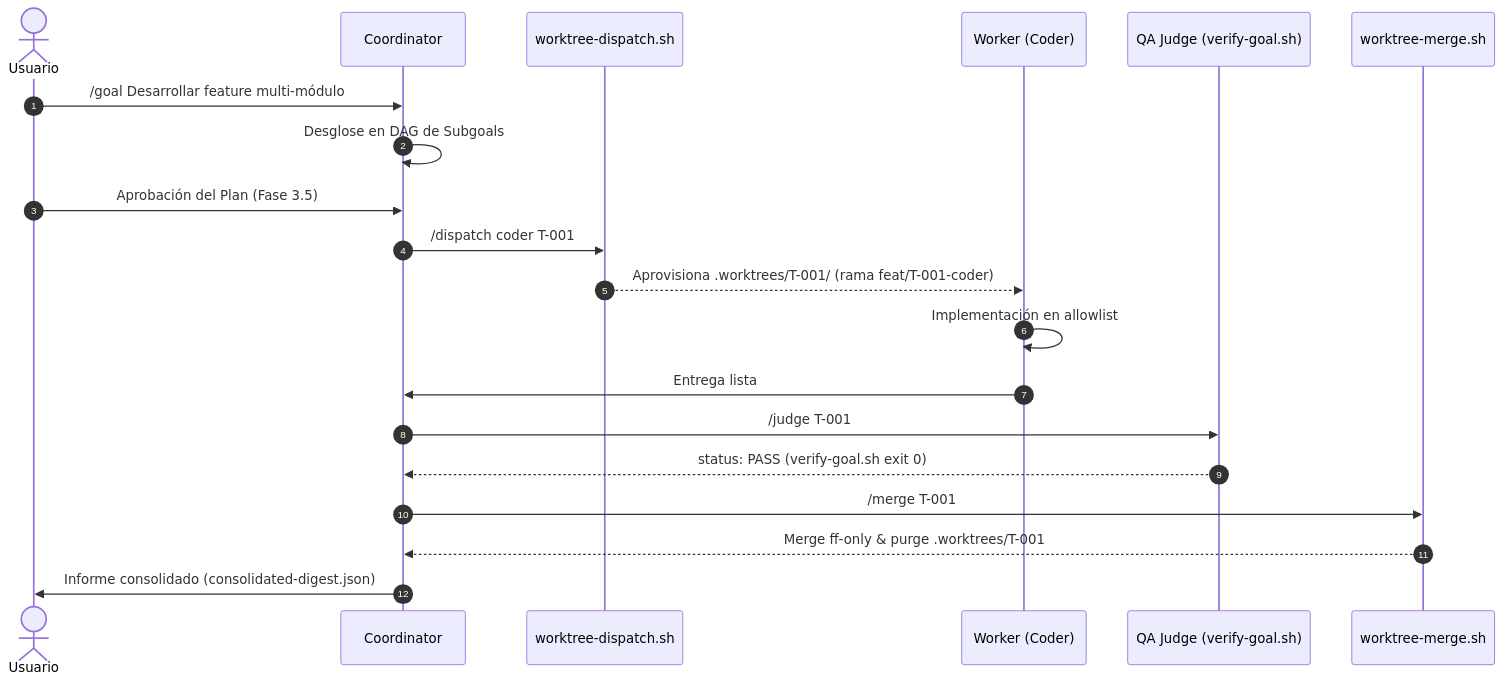
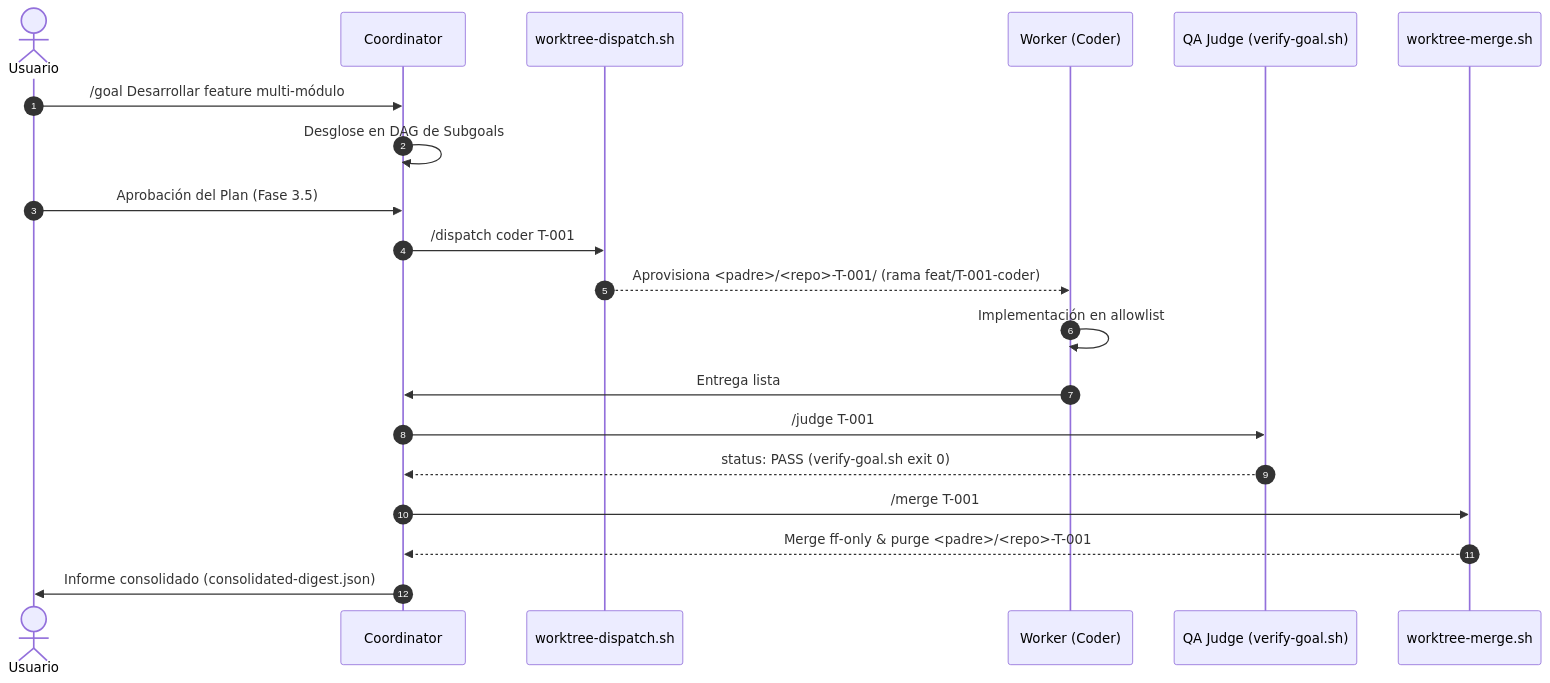
The diagram in .agents/skills/orchestrator/SKILL.md (romensuarezr/agent-os), drawn with Mermaid before and after one commit. The commit also changed other lines of this file and 9 other files, not shown here.

````diff
--- a/.agents/skills/orchestrator/SKILL.md
+++ b/.agents/skills/orchestrator/SKILL.md
@@ -53,23 +53,23 @@
 ```mermaid
 sequenceDiagram
     autonumber
     actor Usuario
     participant C as Coordinator
     participant D as worktree-dispatch.sh
     participant W as Worker (Coder)
     participant J as QA Judge (verify-goal.sh)
     participant M as worktree-merge.sh
 
     Usuario->>C: /goal Desarrollar feature multi-módulo
     C->>C: Desglose en DAG de Subgoals
     Usuario->>C: Aprobación del Plan (Fase 3.5)
     C->>D: /dispatch coder T-001
-    D-->>W: Aprovisiona .worktrees/T-001/ (rama feat/T-001-coder)
+    D-->>W: Aprovisiona <padre>/<repo>-T-001/ (rama feat/T-001-coder)
     W->>W: Implementación en allowlist
     W->>C: Entrega lista
     C->>J: /judge T-001
     J-->>C: status: PASS (verify-goal.sh exit 0)
     C->>M: /merge T-001
-    M-->>C: Merge ff-only & purge .worktrees/T-001
+    M-->>C: Merge ff-only & purge <padre>/<repo>-T-001
     C->>Usuario: Informe consolidado (consolidated-digest.json)
 ```
````
